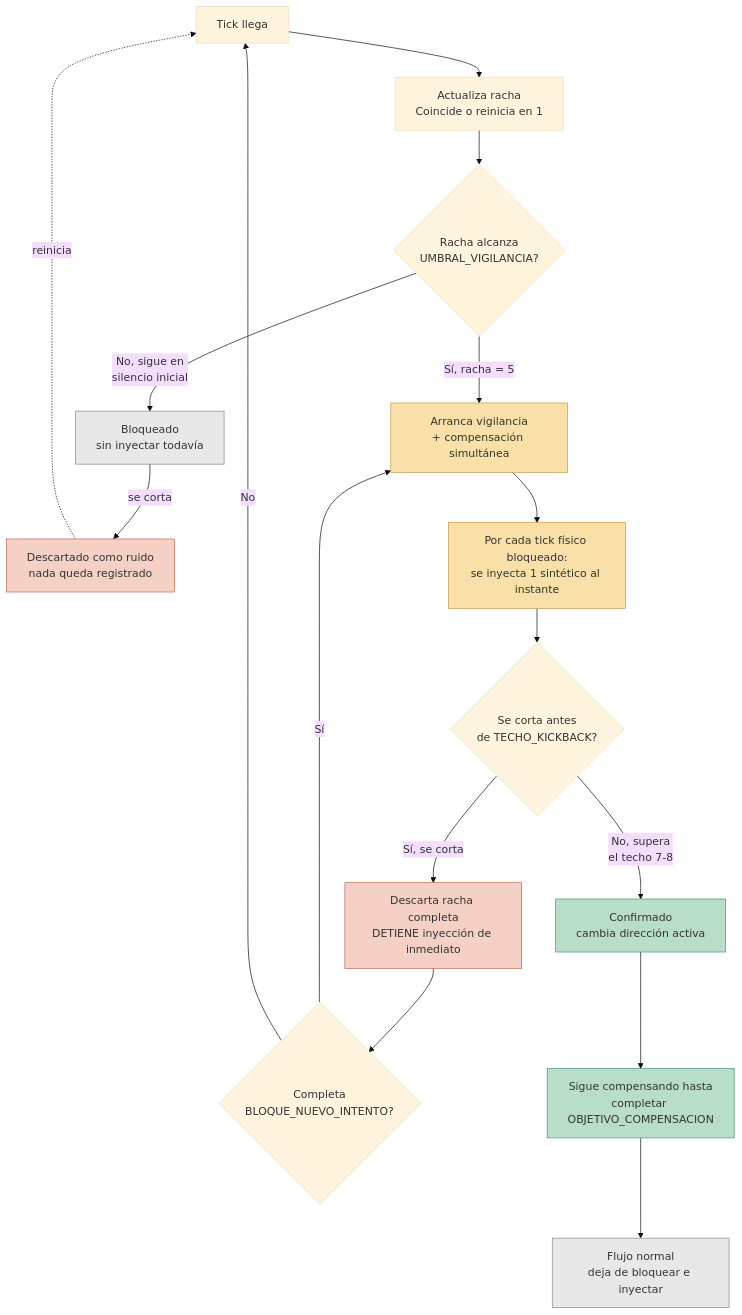
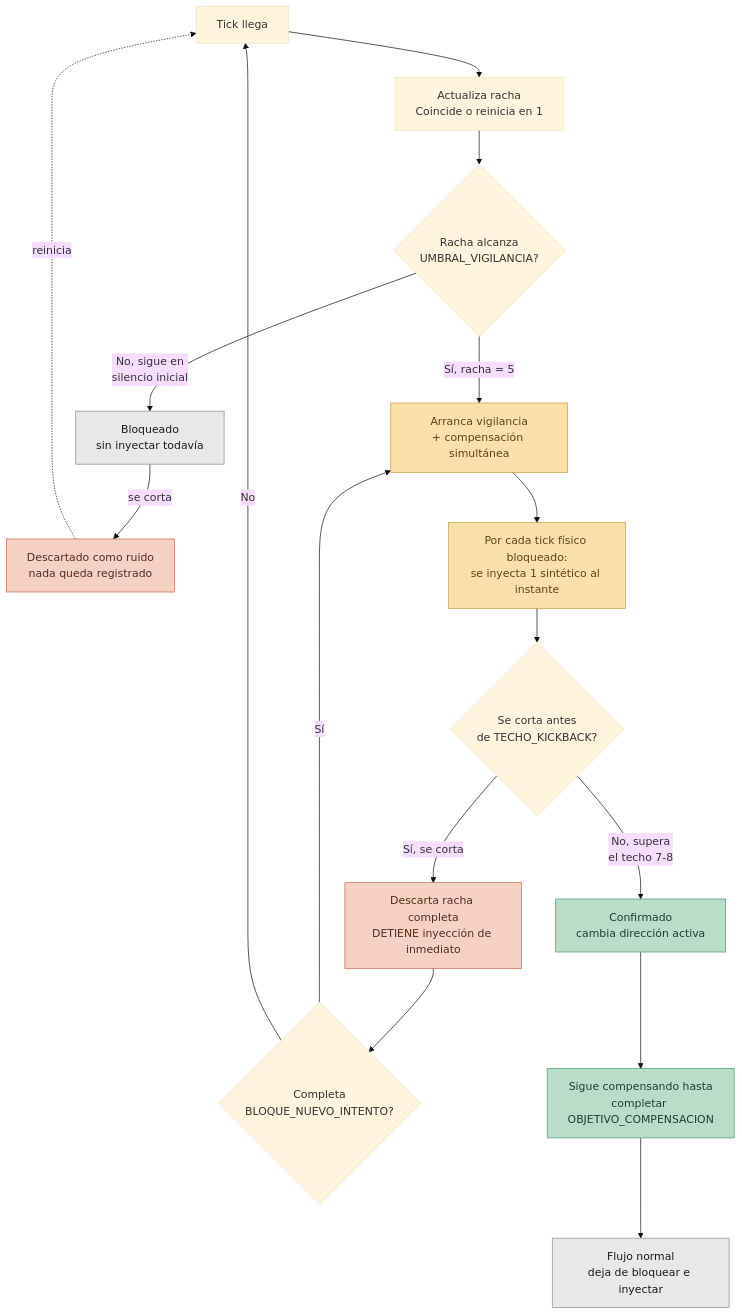
Before and after one commit to JesusRondon2310/RogGladiousIII-Kailh-EN8080-Encoder-_Kickback_Semi-Fixer: the diagram in Redesing.md, drawn with Mermaid (base theme). The commit also changed other lines of this file, not shown here.

Commit message:
Color del texto modificado para el diagrama de flujo.

````diff
--- a/Redesing.md
+++ b/Redesing.md
@@ -173,31 +173,31 @@
 ```mermaid
 flowchart TD
     A[Tick llega] --> B[Actualiza racha<br/>Coincide o reinicia en 1]
     B --> C{Racha alcanza<br/>UMBRAL_VIGILANCIA?}
 
     C -->|No, sigue en<br/>silencio inicial| D[Bloqueado<br/>sin inyectar todavía]
     D -->|se corta| E[Descartado como ruido<br/>nada queda registrado]
     E -.reinicia.-> A
 
     C -->|Sí, racha = 5| F[Arranca vigilancia<br/>+ compensación simultánea]
     F --> G["Por cada tick físico bloqueado:<br/>se inyecta 1 sintético al instante"]
     G --> H{Se corta antes<br/>de TECHO_KICKBACK?}
 
     H -->|Sí, se corta| I[Descarta racha completa<br/>DETIENE inyección de inmediato]
     I --> J{Completa<br/>BLOQUE_NUEVO_INTENTO?}
     J -->|Sí| F
     J -->|No| A
 
     H -->|No, supera<br/>el techo 7-8| K[Confirmado<br/>cambia dirección activa]
     K --> L[Sigue compensando hasta<br/>completar OBJETIVO_COMPENSACION]
     L --> M[Flujo normal<br/>deja de bloquear e inyectar]
 
-    style D fill:#e8e8e8,stroke:#888
-    style E fill:#f5d0c5,stroke:#c0684a
-    style I fill:#f5d0c5,stroke:#c0684a
-    style F fill:#f9e0a8,stroke:#c99a3a
-    style G fill:#f9e0a8,stroke:#c99a3a
-    style K fill:#b8ddc9,stroke:#4a9670
-    style L fill:#b8ddc9,stroke:#4a9670
-    style M fill:#e8e8e8,stroke:#888
+    style D fill:#e8e8e8,stroke:#888,color:#1a1a1a
+    style E fill:#f5d0c5,stroke:#c0684a,color:#5c2a15
+    style I fill:#f5d0c5,stroke:#c0684a,color:#5c2a15
+    style F fill:#f9e0a8,stroke:#c99a3a,color:#5c4413
+    style G fill:#f9e0a8,stroke:#c99a3a,color:#5c4413
+    style K fill:#b8ddc9,stroke:#4a9670,color:#1a4030
+    style L fill:#b8ddc9,stroke:#4a9670,color:#1a4030
+    style M fill:#e8e8e8,stroke:#888,color:#1a1a1a
 ```
````
